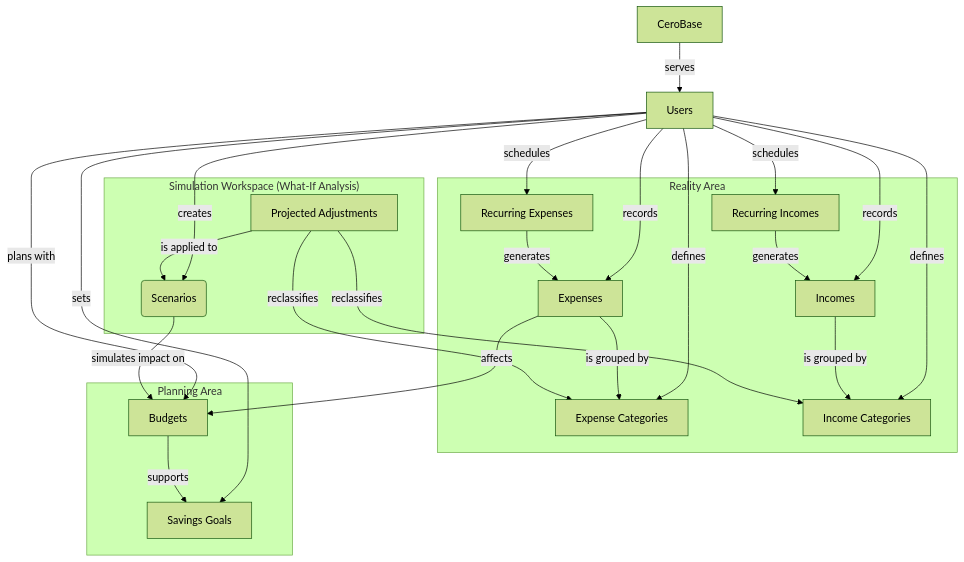
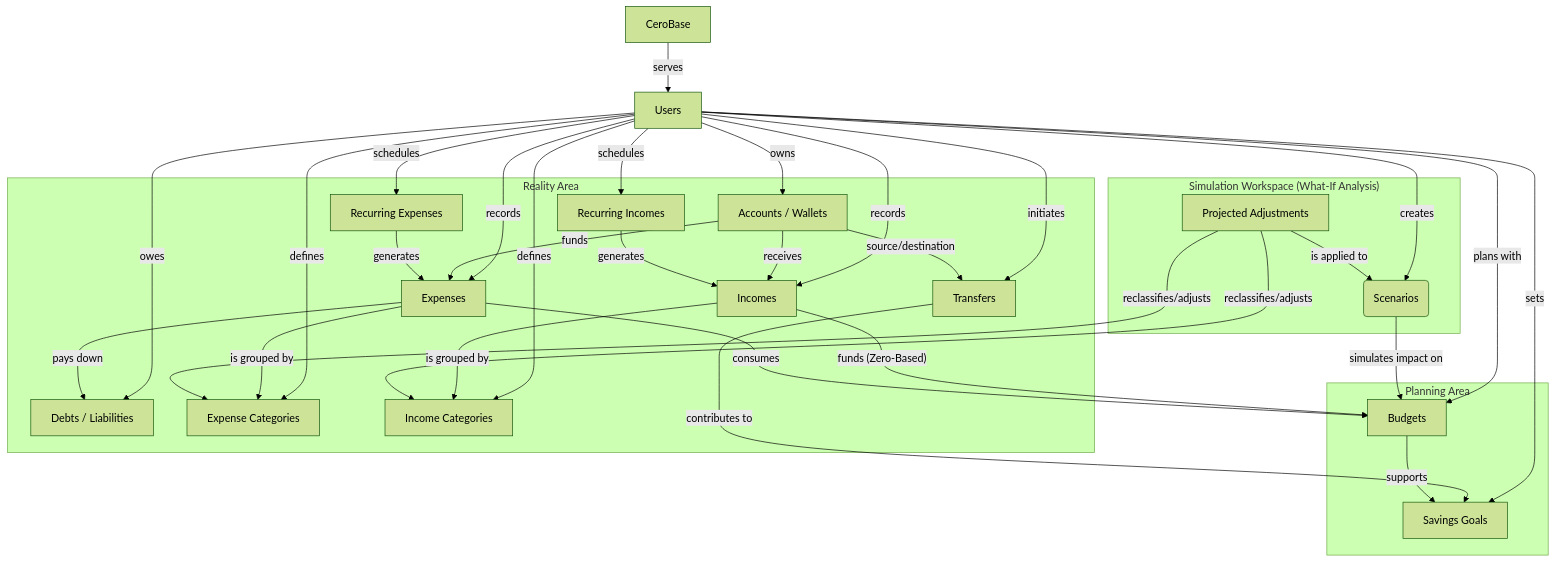
The diagram in README.md (AdrianAVA9/finance-tracker), drawn with Mermaid (forest theme) before and after one commit. The commit also changed other lines of this file, not shown here.

Commit message:
refactor: expand README with detailed descriptions of core domains and enhance domain model visualization in Mermaid diagram

````diff
--- a/README.md
+++ b/README.md
@@ -9,47 +13,65 @@
 ```mermaid
 graph TD
   CeroBase[CeroBase]
   Users[Users]
 
   CeroBase -- "serves" --> Users
 
   subgraph reality["Reality Area"]
+    Accounts[Accounts / Wallets]
+    Transfers[Transfers]
+    Debts[Debts / Liabilities]
     Expenses[Expenses]
     Incomes[Incomes]
     ExpenseCategories[Expense Categories]
     IncomeCategories[Income Categories]
     RecurringExpenses[Recurring Expenses]
     RecurringIncomes[Recurring Incomes]
   end
 
   subgraph planning["Planning Area"]
     Budgets[Budgets]
     SavingsGoals[Savings Goals]
   end
 
   subgraph simulation["Simulation Workspace (What-If Analysis)"]
     Scenarios(Scenarios)
     ProjectedAdjustments["Projected Adjustments"]
   end
 
+  %% User interactions
+  Users -- "owns" --> Accounts
+  Users -- "owes" --> Debts
   Users -- "records" --> Expenses
   Users -- "records" --> Incomes
+  Users -- "initiates" --> Transfers
   Users -- "defines" --> ExpenseCategories
   Users -- "defines" --> IncomeCategories
   Users -- "schedules" --> RecurringExpenses
   Users -- "schedules" --> RecurringIncomes
   Users -- "plans with" --> Budgets
   Users -- "sets" --> SavingsGoals
   Users -- "creates" --> Scenarios
 
+  %% Reality internal relationships
+  Accounts -- "receives" --> Incomes
+  Accounts -- "funds" --> Expenses
+  Accounts -- "source/destination" --> Transfers
   Expenses -- "is grouped by" --> ExpenseCategories
   Incomes -- "is grouped by" --> IncomeCategories
-  Expenses -- "affects" --> Budgets
+  Expenses -- "pays down" --> Debts
   RecurringExpenses -- "generates" --> Expenses
   RecurringIncomes -- "generates" --> Incomes
+
+  %% Planning & Budgeting logic
+  Incomes -- "funds (Zero-Based)" --> Budgets
+  Expenses -- "consumes" --> Budgets
+  Transfers -- "contributes to" --> SavingsGoals
   Budgets -- "supports" --> SavingsGoals
+
+  %% Simulation logic
   Scenarios -- "simulates impact on" --> Budgets
   ProjectedAdjustments -- "is applied to" --> Scenarios
-  ProjectedAdjustments -- "reclassifies" --> ExpenseCategories
-  ProjectedAdjustments -- "reclassifies" --> IncomeCategories
+  ProjectedAdjustments -- "reclassifies/adjusts" --> ExpenseCategories
+  ProjectedAdjustments -- "reclassifies/adjusts" --> IncomeCategories
 ```
````
